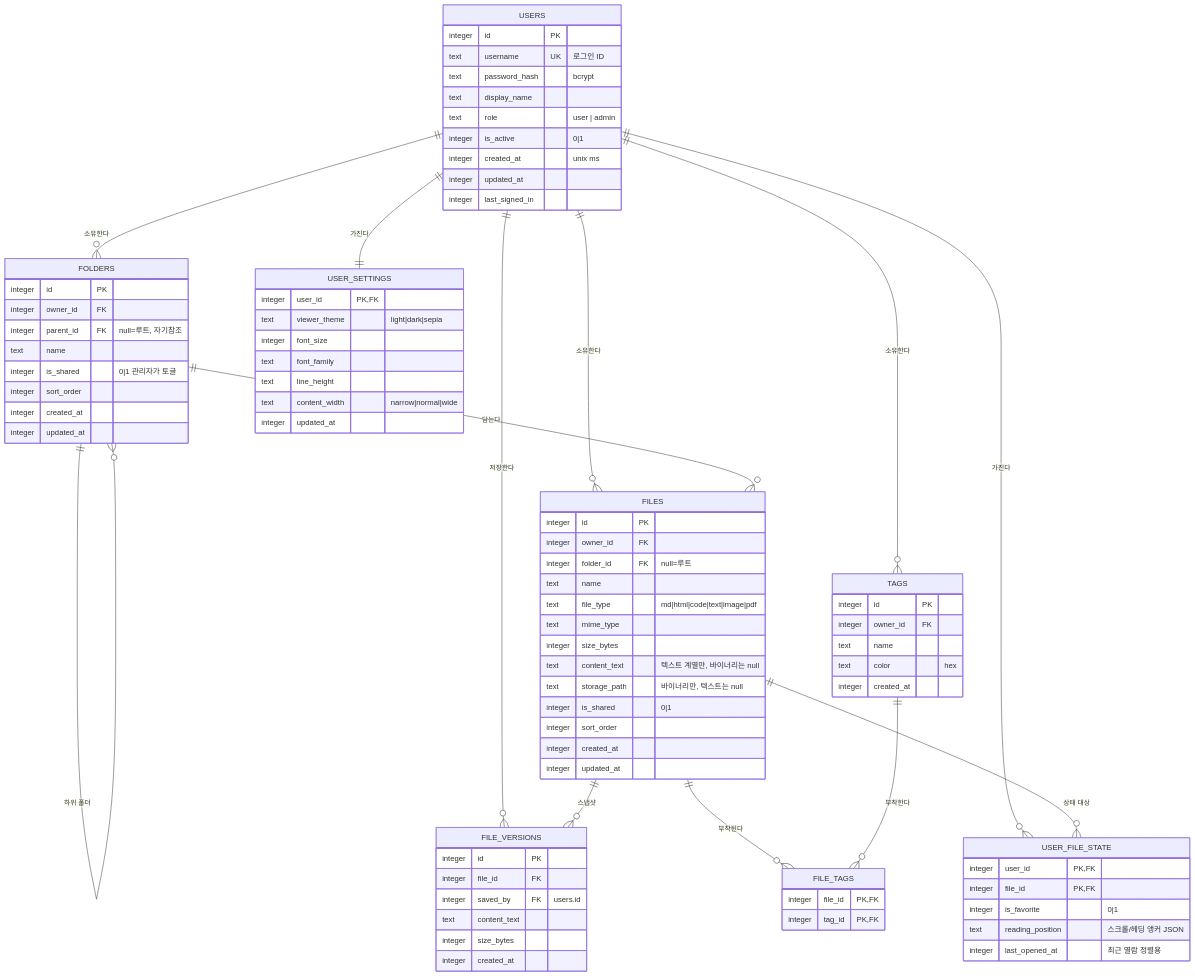
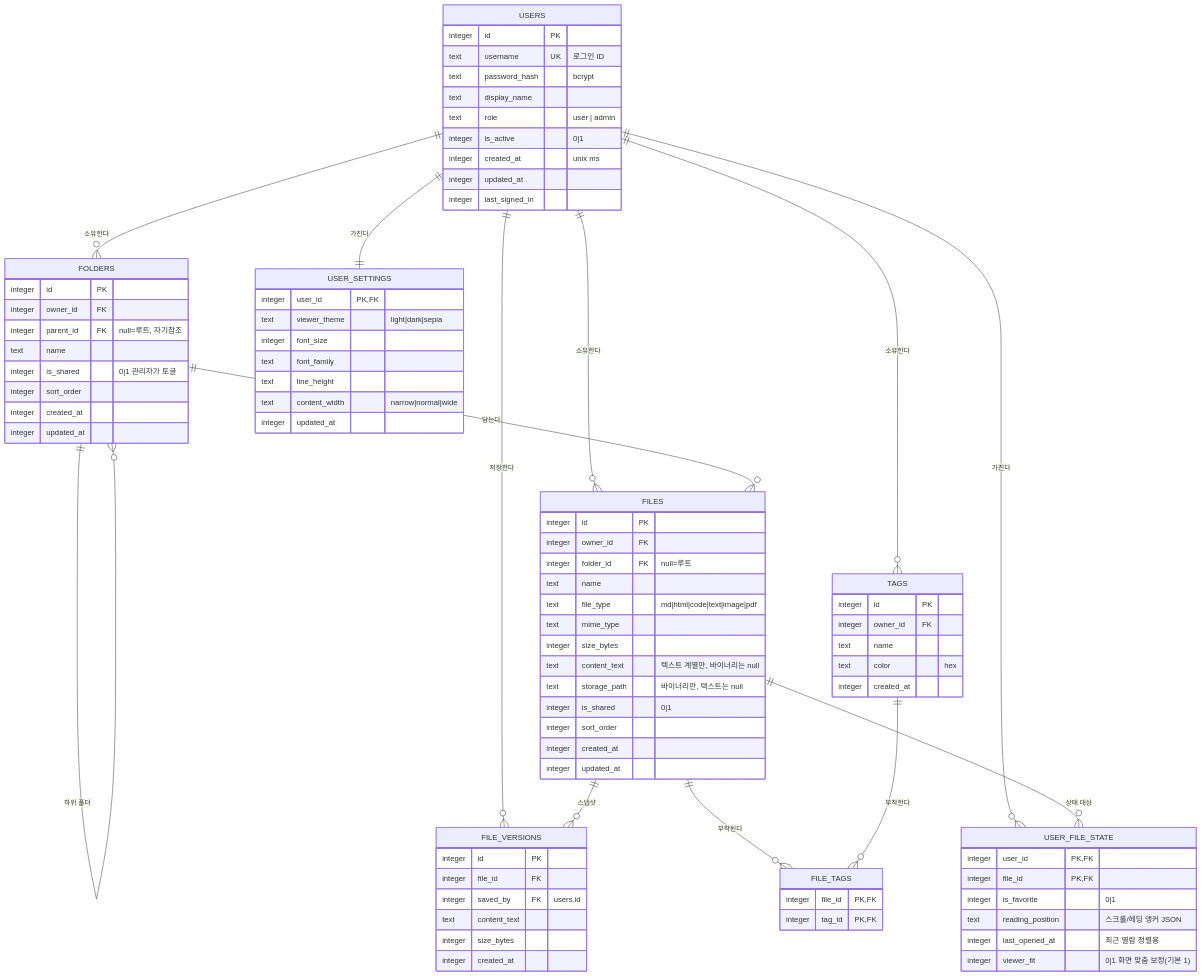
Before and after one commit to ehdwn009/docvault: the diagram in docs/design/ERD_docvault_20260813.md, drawn with Mermaid. The commit also changed other lines of this file and 22 other files, not shown here.

```diff
--- a/docs/design/ERD_docvault_20260813.md
+++ b/docs/design/ERD_docvault_20260813.md
@@ -80,6 +80,7 @@
         integer is_favorite "0|1"
         text reading_position "스크롤/헤딩 앵커 JSON"
         integer last_opened_at "최근 열람 정렬용"
+        integer viewer_fit "0|1 화면 맞춤 보정(기본 1)"
     }
     USER_SETTINGS {
         integer user_id PK, FK
```
